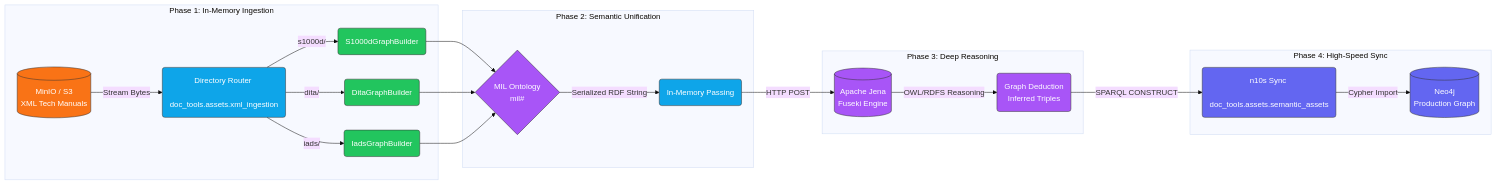
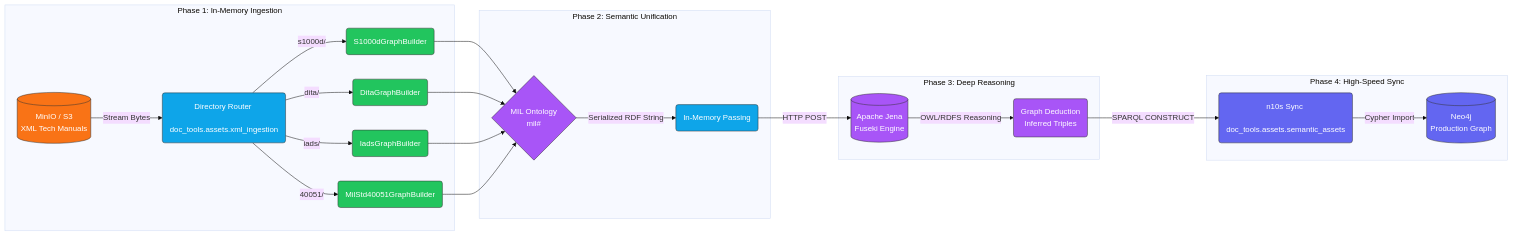
One commit to edgy-solutions/doc-tools changed the second of 2 diagrams in README.md. Above: the diagram before and after it, drawn with Mermaid (base theme). The commit also changed other lines of this file and 3 other files, not shown here.

````diff
--- a/README.md
+++ b/README.md
@@ -138,33 +138,35 @@
 ```mermaid
 graph LR
     %% Define Styles
     classDef storage fill:#f97316,stroke:#333,stroke-width:1px,color:#fff
     classDef memory fill:#0ea5e9,stroke:#333,stroke-width:1px,color:#fff
     classDef logic fill:#22c55e,stroke:#333,stroke-width:1px,color:#fff
     classDef sync fill:#6366f1,stroke:#333,stroke-width:1px,color:#fff
     classDef brain fill:#a855f7,stroke:#333,stroke-width:1px,color:#fff
 
     subgraph "Phase 1: In-Memory Ingestion"
         A[(MinIO / S3 <br> XML Tech Manuals)]:::storage -->|Stream Bytes| B(Directory Router <br> doc_tools.assets.xml_ingestion):::memory
         B -->|s1000d/| C1(S1000dGraphBuilder):::logic
         B -->|dita/| C2(DitaGraphBuilder):::logic
         B -->|iads/| C3(IadsGraphBuilder):::logic
+        B -->|40051/| C4(MilStd40051GraphBuilder):::logic
     end
 
     subgraph "Phase 2: Semantic Unification"
         C1 --> D{MIL Ontology <br> mil#}:::brain
         C2 --> D
         C3 --> D
+        C4 --> D
         D -->|Serialized RDF String| E(In-Memory Passing):::memory
     end
 
     subgraph "Phase 3: Deep Reasoning"
         E -->|HTTP POST| F[(Apache Jena <br> Fuseki Engine)]:::brain
         F -->|OWL/RDFS Reasoning| G(Graph Deduction <br> Inferred Triples):::brain
     end
 
     subgraph "Phase 4: High-Speed Sync"
         G -->|SPARQL CONSTRUCT| H(n10s Sync <br> doc_tools.assets.semantic_assets):::sync
         H -->|Cypher Import| I[(Neo4j <br> Production Graph)]:::sync
     end
 ```
````
